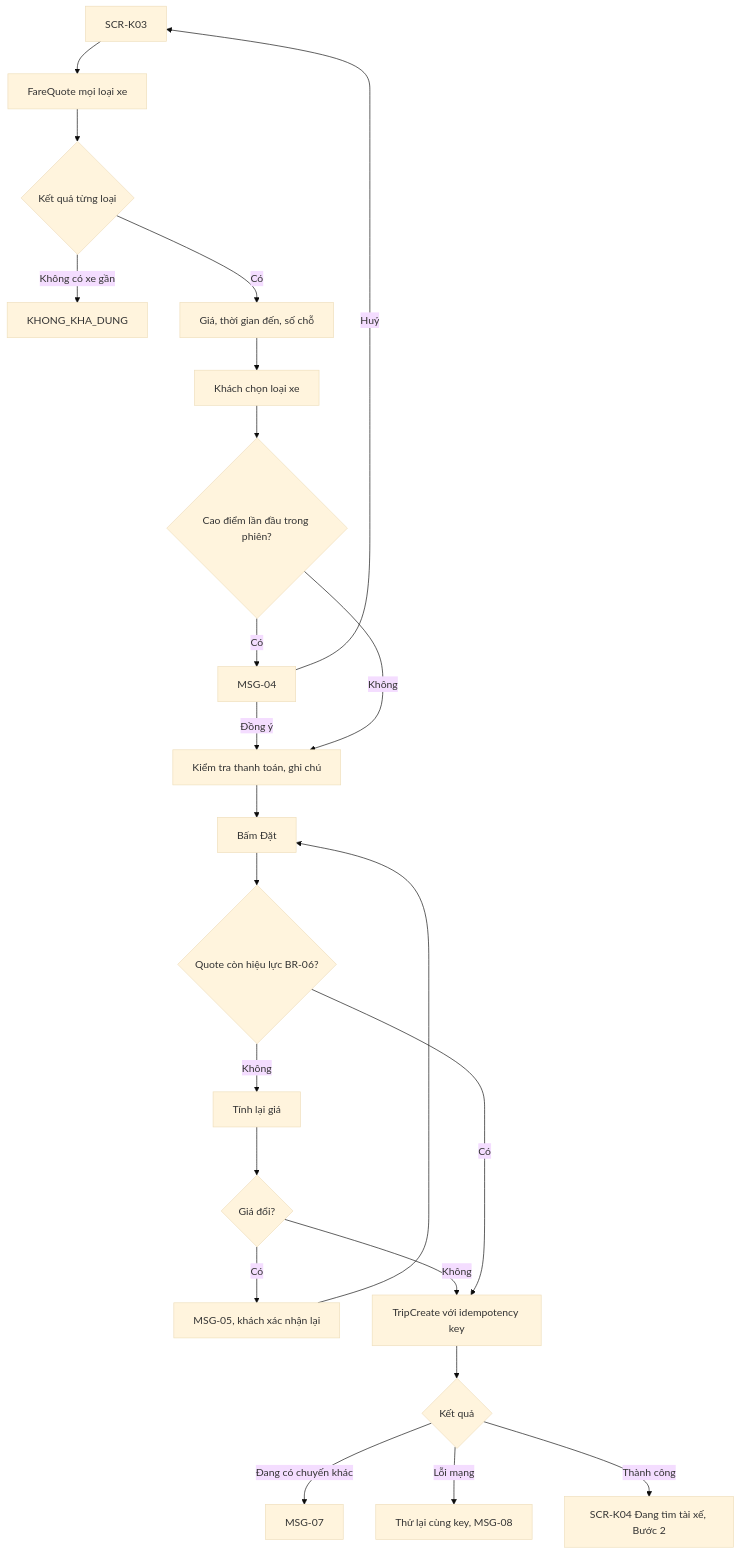
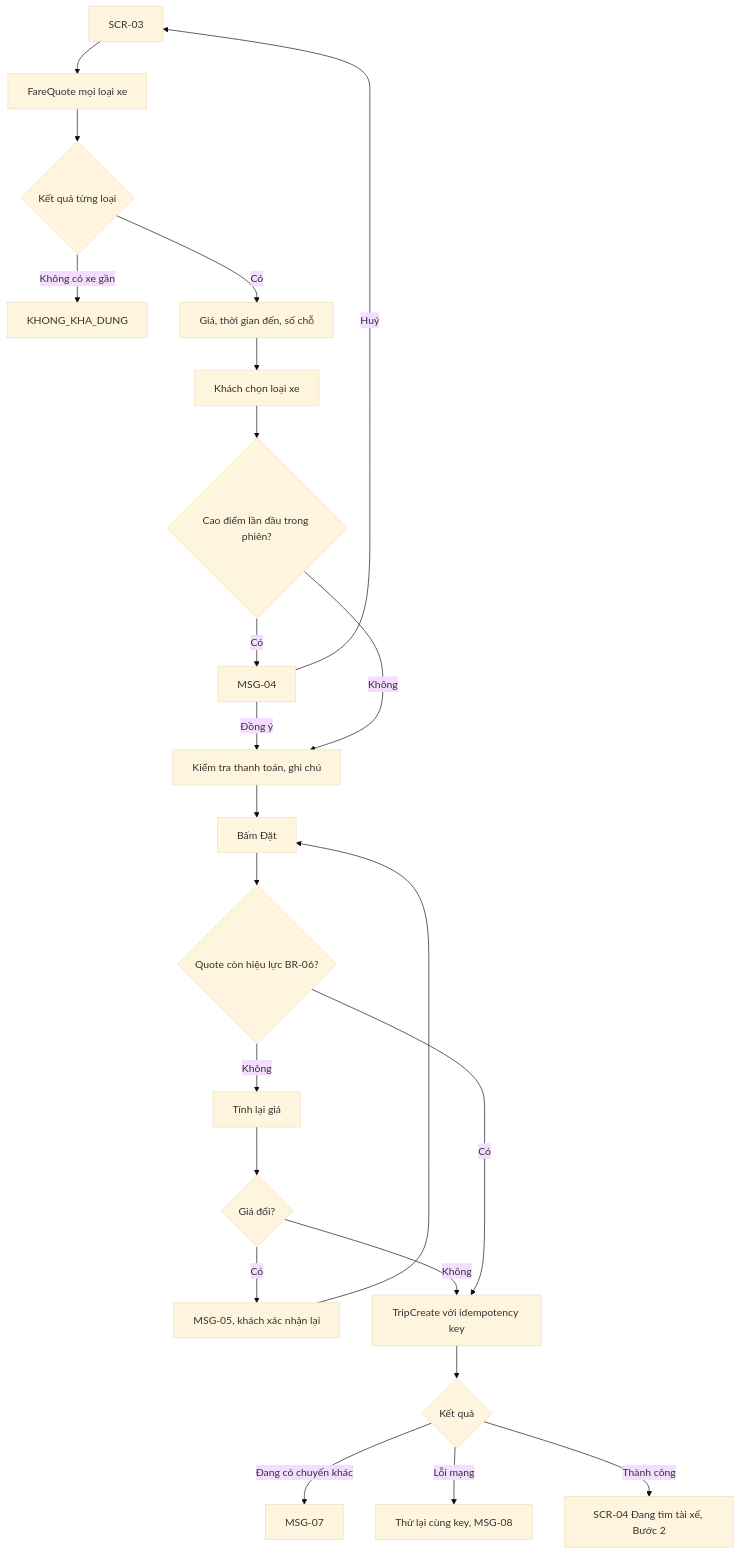
The sixth of 20 diagrams in docs/SRS.md (uxfoundation-vn/de05-dat-xe-cho-khach), drawn with Mermaid (base theme) before and after one commit. The commit also changed other lines of this file and 2 other files, not shown here.

````diff
--- a/docs/SRS.md
+++ b/docs/SRS.md
@@ -304,24 +288,24 @@
 ```mermaid
 flowchart TD
-  A["SCR-K03"] --> B["FareQuote mọi loại xe"]
+  A["SCR-03"] --> B["FareQuote mọi loại xe"]
   B --> C{"Kết quả từng loại"}
   C -->|Không có xe gần| C1["KHONG_KHA_DUNG"]
   C -->|Có| D["Giá, thời gian đến, số chỗ"]
   D --> E["Khách chọn loại xe"]
   E --> F{"Cao điểm lần đầu trong phiên?"}
   F -->|Có| G["MSG-04"]
   G -->|Đồng ý| H
   G -->|Huỷ| A
   F -->|Không| H["Kiểm tra thanh toán, ghi chú"]
   H --> I["Bấm Đặt"]
   I --> J{"Quote còn hiệu lực BR-06?"}
   J -->|Không| K["Tính lại giá"]
   K --> L{"Giá đổi?"}
   L -->|Có| L1["MSG-05, khách xác nhận lại"] --> I
   L -->|Không| M
   J -->|Có| M["TripCreate với idempotency key"]
   M --> N{"Kết quả"}
   N -->|Đang có chuyến khác| N1["MSG-07"]
   N -->|Lỗi mạng| N2["Thử lại cùng key, MSG-08"]
-  N -->|Thành công| O["SCR-K04 Đang tìm tài xế, Bước 2"]
+  N -->|Thành công| O["SCR-04 Đang tìm tài xế, Bước 2"]
 ```
````
